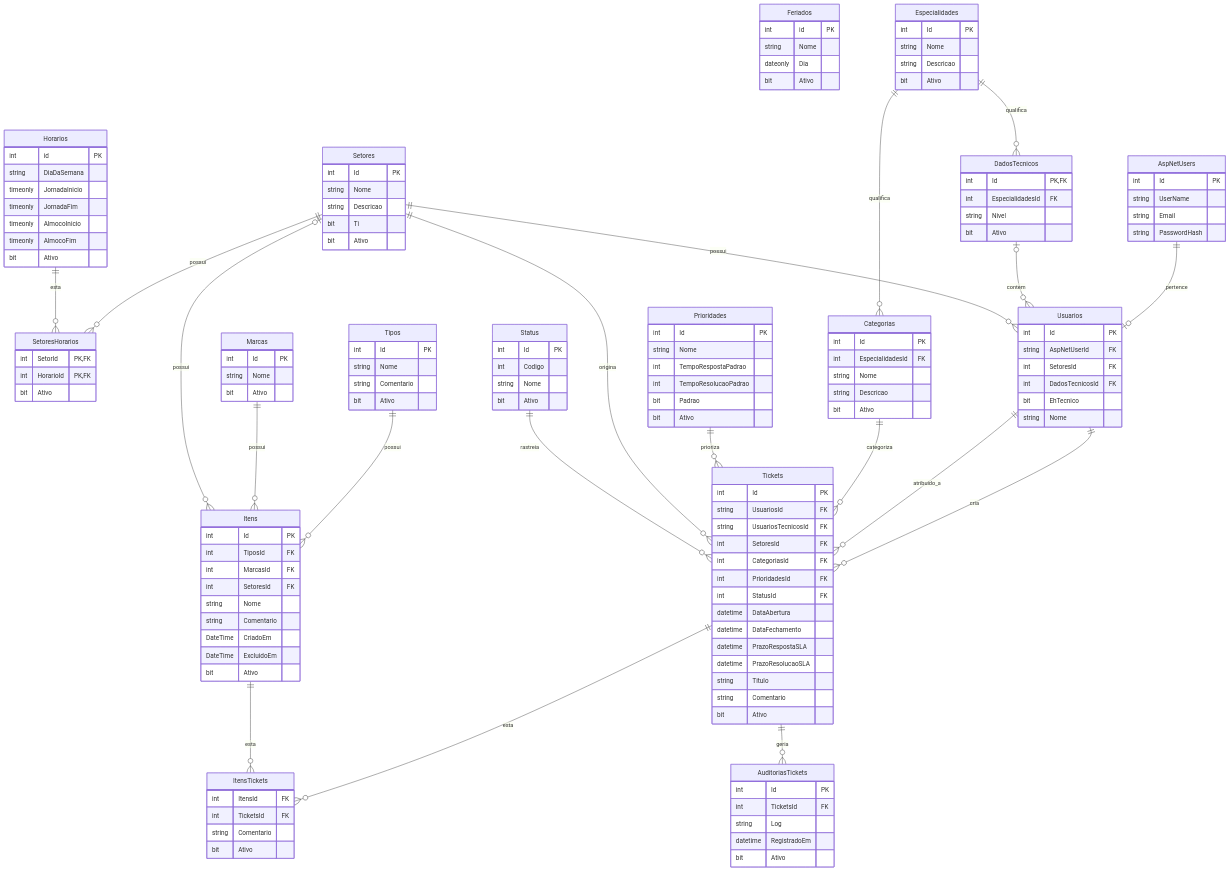
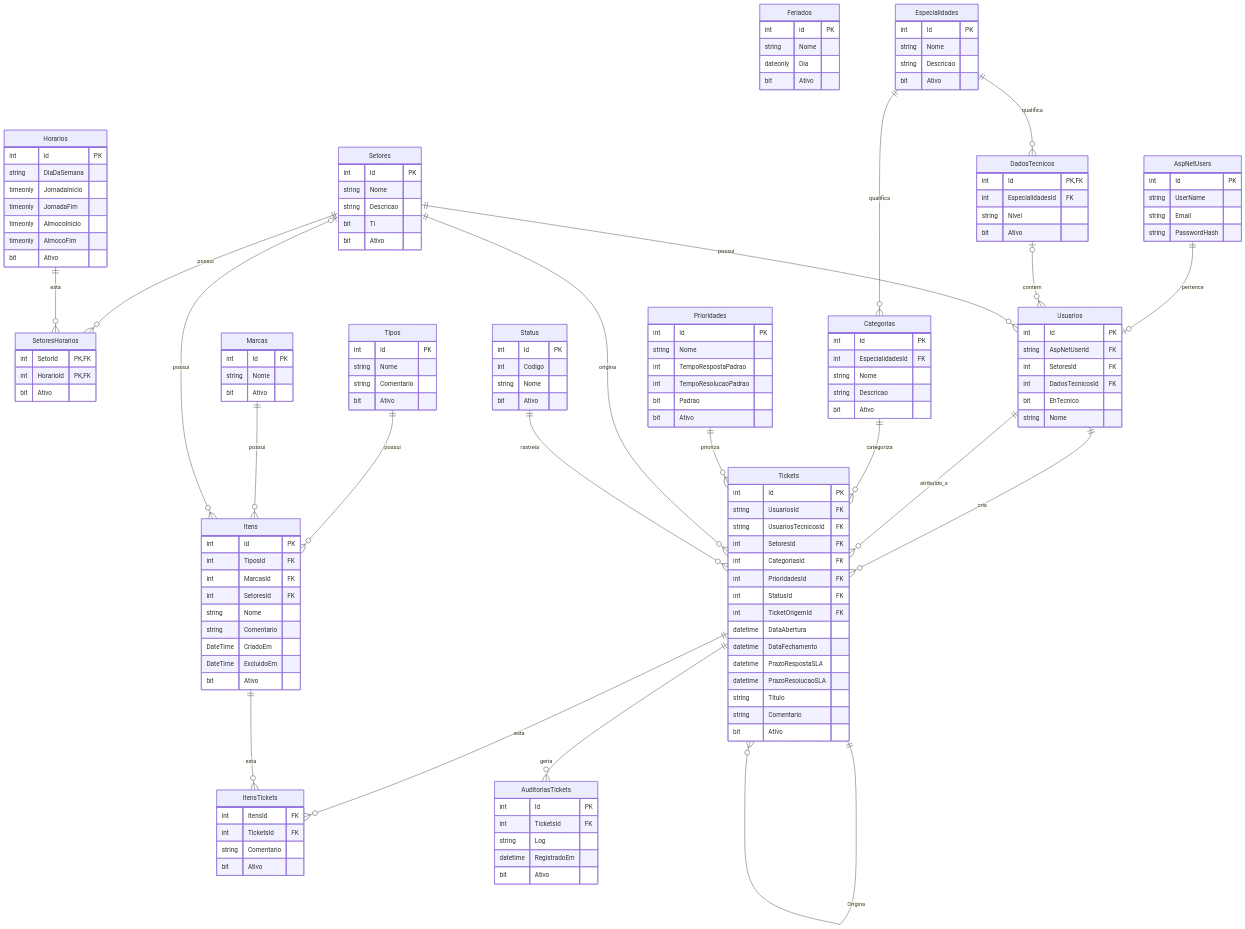
One commit to agsfranco/ChamadosTi changed the diagram in ServiceOrder.md. Above: the diagram before and after it, drawn with Mermaid. The commit also changed 11 other files, not shown here.

```diff
--- a/ServiceOrder.md
+++ b/ServiceOrder.md
@@ -132,6 +132,7 @@
         int CategoriasId FK
         int PrioridadesId FK
         int StatusId FK
+        int TicketOrigemId FK
         datetime DataAbertura
         datetime DataFechamento
         datetime PrazoRespostaSLA
@@ -172,6 +173,7 @@
     Setores ||--o{ Tickets : "origina"
     Status ||--o{ Tickets : "rastreia"
     Tickets ||--o{ AuditoriasTickets : "geria"
+    Tickets ||--o{ Tickets : "Origina"
     Tipos ||--o{ Itens : "possui"
     Marcas ||--o{ Itens : "possui"
     Setores o|--o{ Itens : "possui"
```
